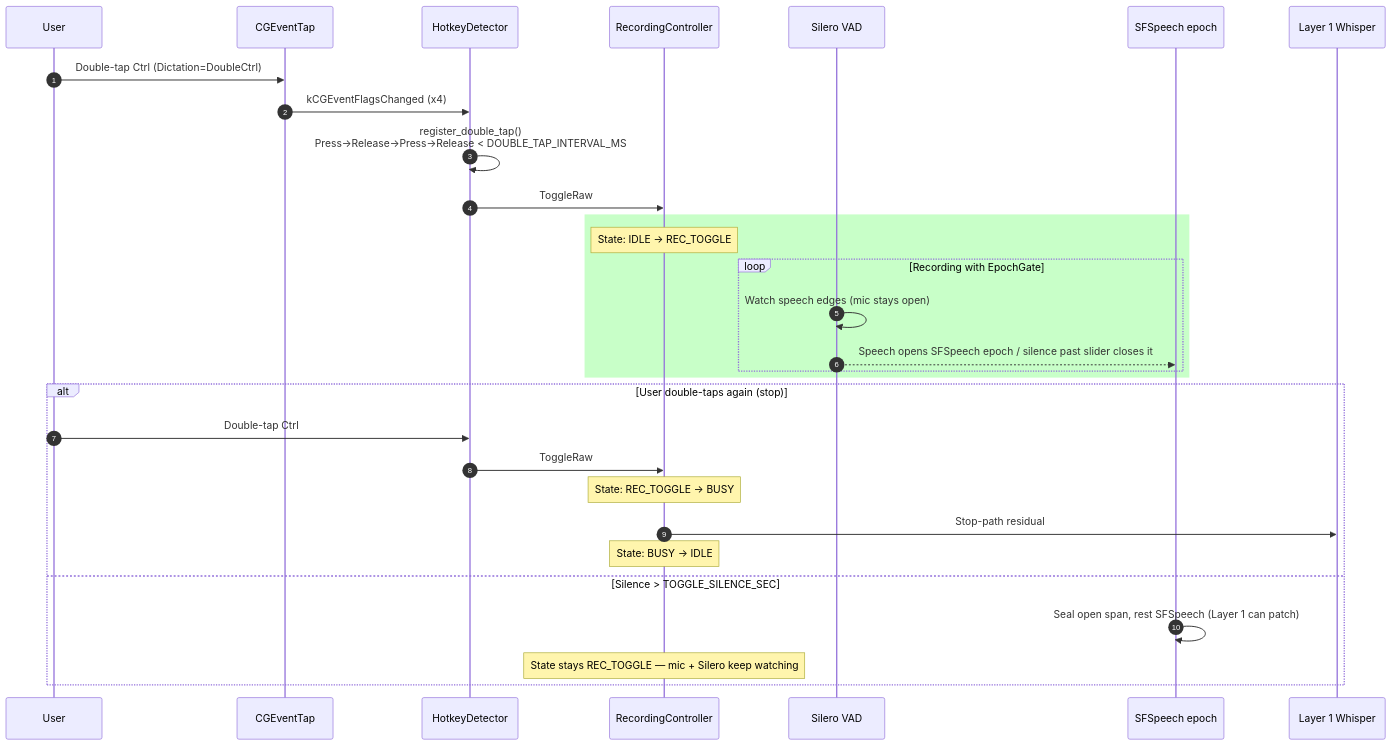
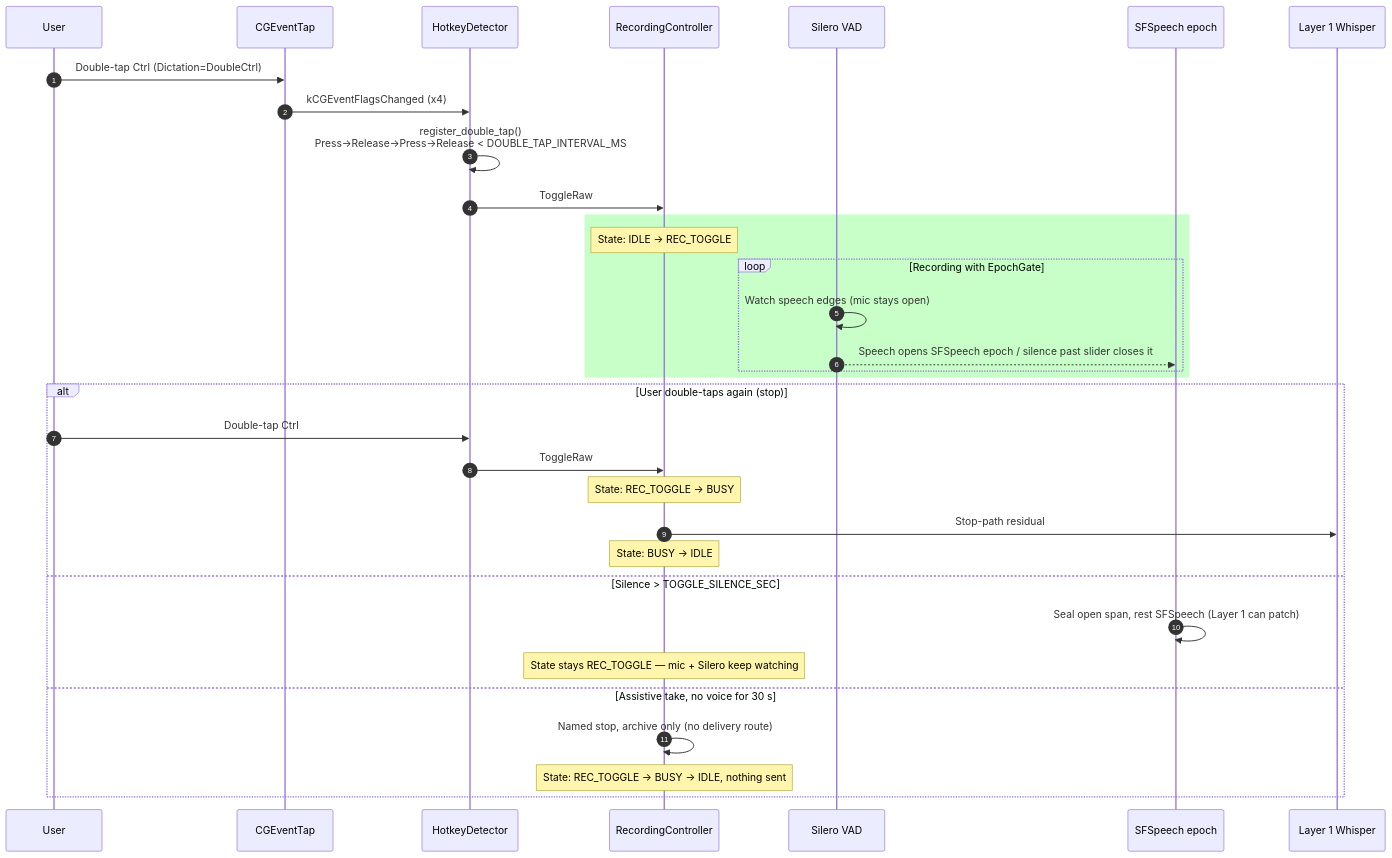
The fifth of 6 diagrams in docs/HOTKEYS_CONTRACT.md (vetcoders/codescribe), drawn with Mermaid before and after one commit. The commit also changed other lines of this file and 13 other files, not shown here.

````diff
--- a/docs/HOTKEYS_CONTRACT.md
+++ b/docs/HOTKEYS_CONTRACT.md
@@ -720,35 +732,38 @@
 ```mermaid
 sequenceDiagram
     autonumber
     participant User
     participant CGEventTap
     participant HotkeyDetector
     participant Controller as RecordingController
     participant VAD as Silero VAD
     participant Apple as SFSpeech epoch
     participant Whisper as Layer 1 Whisper
 
     User->>CGEventTap: Double-tap Ctrl (Dictation=DoubleCtrl)
     CGEventTap->>HotkeyDetector: kCGEventFlagsChanged (x4)
     HotkeyDetector->>HotkeyDetector: register_double_tap()<br/>Press→Release→Press→Release < DOUBLE_TAP_INTERVAL_MS
     HotkeyDetector->>Controller: ToggleRaw
 
     rect rgb(200, 255, 200)
         Note over Controller: State: IDLE → REC_TOGGLE
         loop Recording with EpochGate
             VAD->>VAD: Watch speech edges (mic stays open)
             VAD-->>Apple: Speech opens SFSpeech epoch / silence past slider closes it
         end
     end
 
     alt User double-taps again (stop)
         User->>HotkeyDetector: Double-tap Ctrl
         HotkeyDetector->>Controller: ToggleRaw
         Note over Controller: State: REC_TOGGLE → BUSY
         Controller->>Whisper: Stop-path residual
         Note over Controller: State: BUSY → IDLE
     else Silence > TOGGLE_SILENCE_SEC
         Apple->>Apple: Seal open span, rest SFSpeech (Layer 1 can patch)
         Note over Controller: State stays REC_TOGGLE — mic + Silero keep watching
+    else Assistive take, no voice for 30 s
+        Controller->>Controller: Named stop, archive only (no delivery route)
+        Note over Controller: State: REC_TOGGLE → BUSY → IDLE, nothing sent
     end
 ```
````
